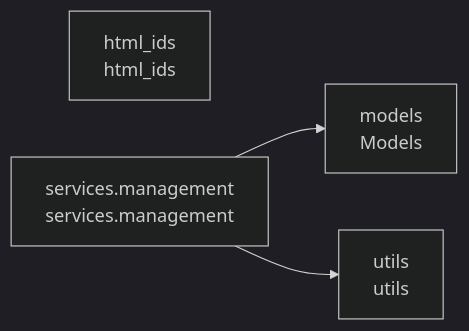
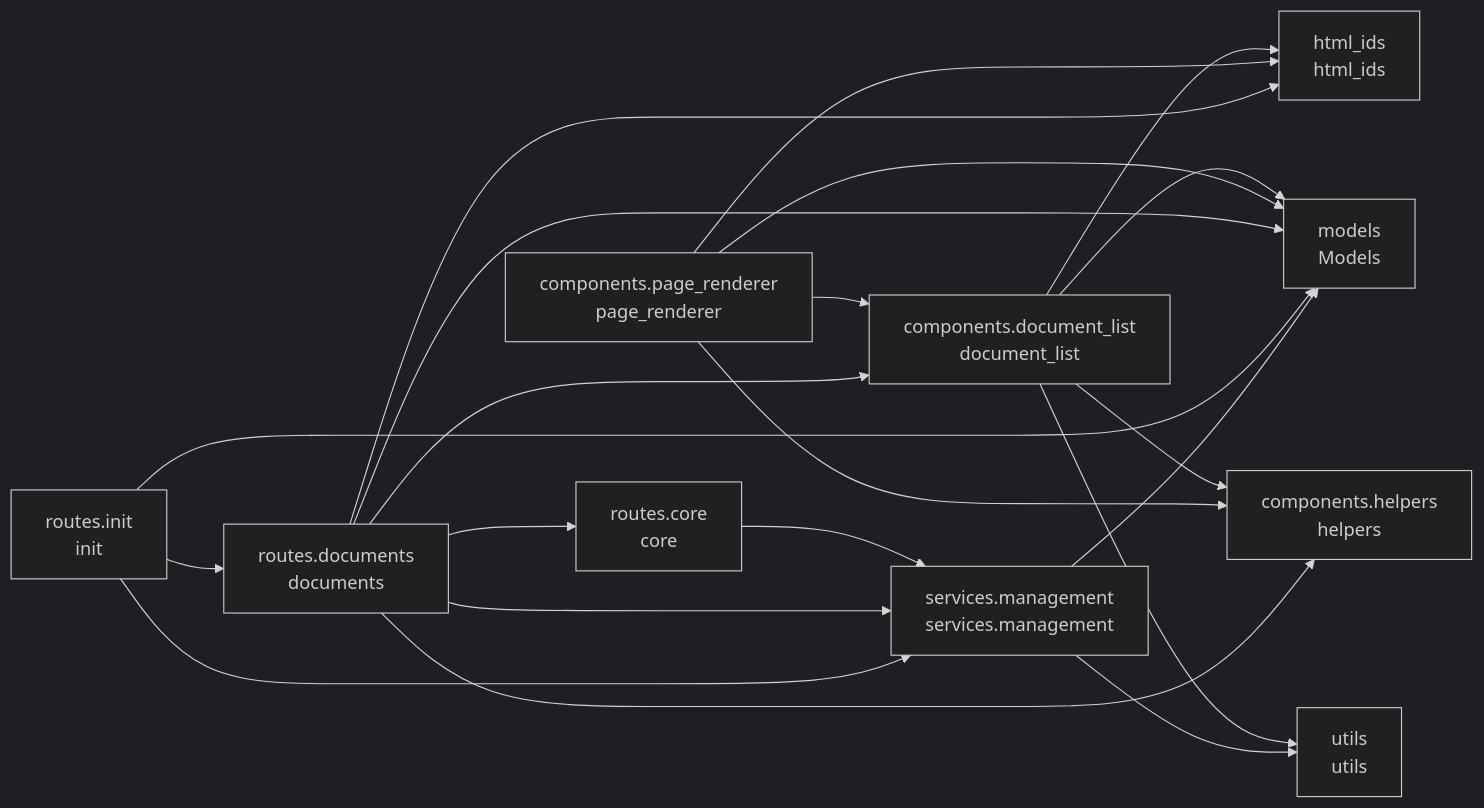
One commit to cj-mills/cjm-transcript-workflow-management changed the diagram in README.md. Above: the diagram before and after it, drawn with Mermaid (dark theme). The commit also changed other lines of this file and 17 other files, not shown here.

Commit message:
Phase 3: Add document list UI, routes, and demo app wiring with single/bulk delete and confirmation modals.

````diff
--- a/README.md
+++ b/README.md
@@ -25,10 +33,34 @@
 ``` mermaid
 graph LR
+    components_document_list[components.document_list<br/>document_list]
+    components_helpers[components.helpers<br/>helpers]
+    components_page_renderer[components.page_renderer<br/>page_renderer]
     html_ids[html_ids<br/>html_ids]
     models[models<br/>Models]
+    routes_core[routes.core<br/>core]
+    routes_documents[routes.documents<br/>documents]
+    routes_init[routes.init<br/>init]
     services_management[services.management<br/>services.management]
     utils[utils<br/>utils]
 
+    components_document_list --> components_helpers
+    components_document_list --> utils
+    components_document_list --> models
+    components_document_list --> html_ids
+    components_page_renderer --> components_helpers
+    components_page_renderer --> models
+    components_page_renderer --> components_document_list
+    components_page_renderer --> html_ids
+    routes_core --> services_management
+    routes_documents --> services_management
+    routes_documents --> components_helpers
+    routes_documents --> components_document_list
+    routes_documents --> html_ids
+    routes_documents --> routes_core
+    routes_documents --> models
+    routes_init --> services_management
+    routes_init --> routes_documents
+    routes_init --> models
+    services_management --> utils
     services_management --> models
-    services_management --> utils
 ```
````
